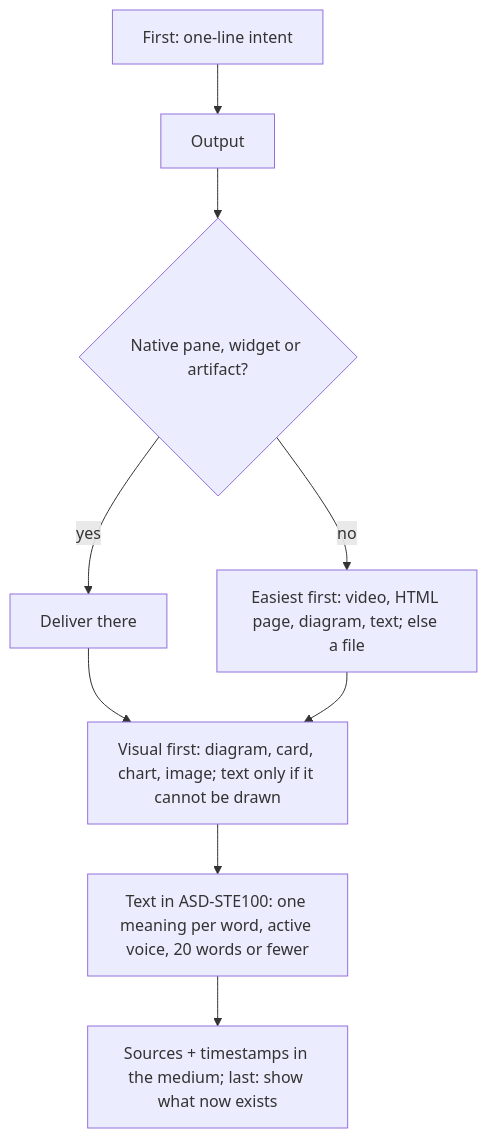
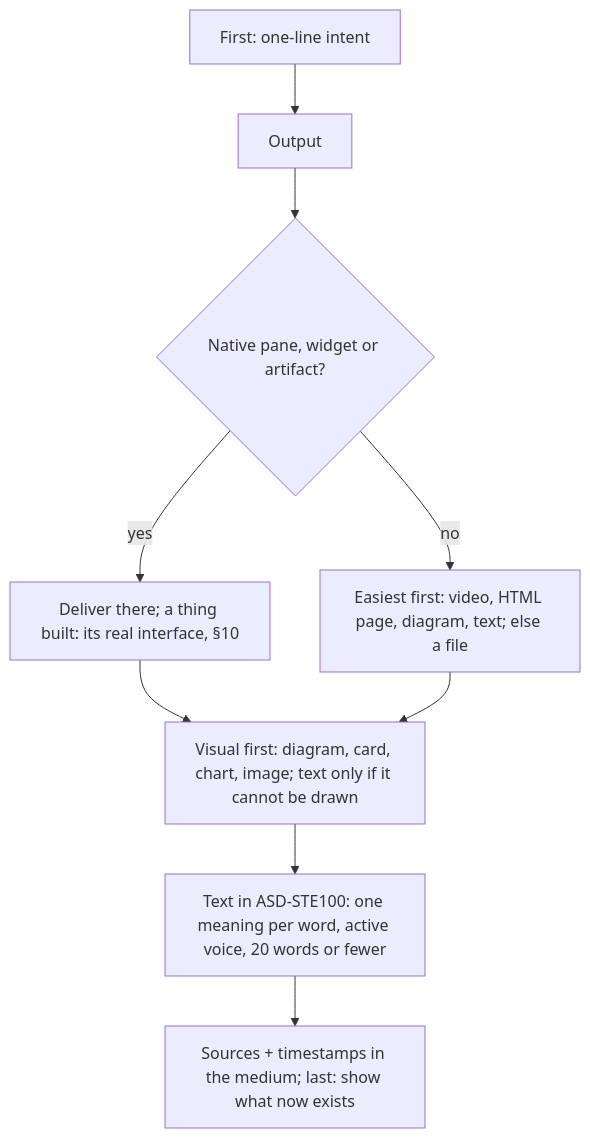
Before and after one commit to SolenixAI/arbiter: diagram 12 of 14 in AGENTS.md, drawn with Mermaid. The commit also changed other lines of this file, not shown here.

````diff
--- a/AGENTS.md
+++ b/AGENTS.md
@@ -494,10 +503,10 @@
 ```mermaid
 flowchart TD
   IL[First: one-line intent] --> O[Output] --> N{Native pane, widget or artifact?}
-  N -->|yes| V[Deliver there]
+  N -->|yes| V["Deliver there; a thing built: its real interface, §10"]
   N -->|no| F["Easiest first: video, HTML page, diagram, text; else a file"]
   V --> VF["Visual first: diagram, card, chart, image; text only if it cannot be drawn"]
   F --> VF
   VF --> T[Text in ASD-STE100: one meaning per word, active voice, 20 words or fewer]
   T --> E["Sources + timestamps in the medium; last: show what now exists"]
 ```
````
